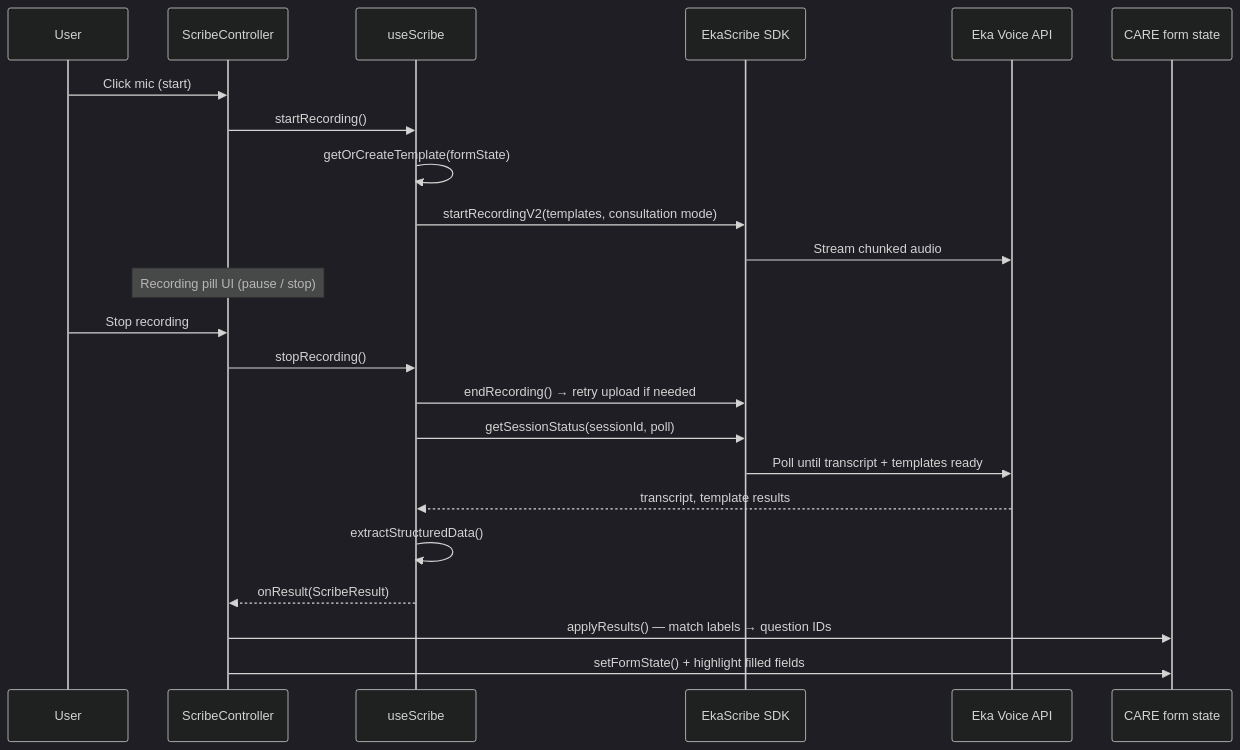
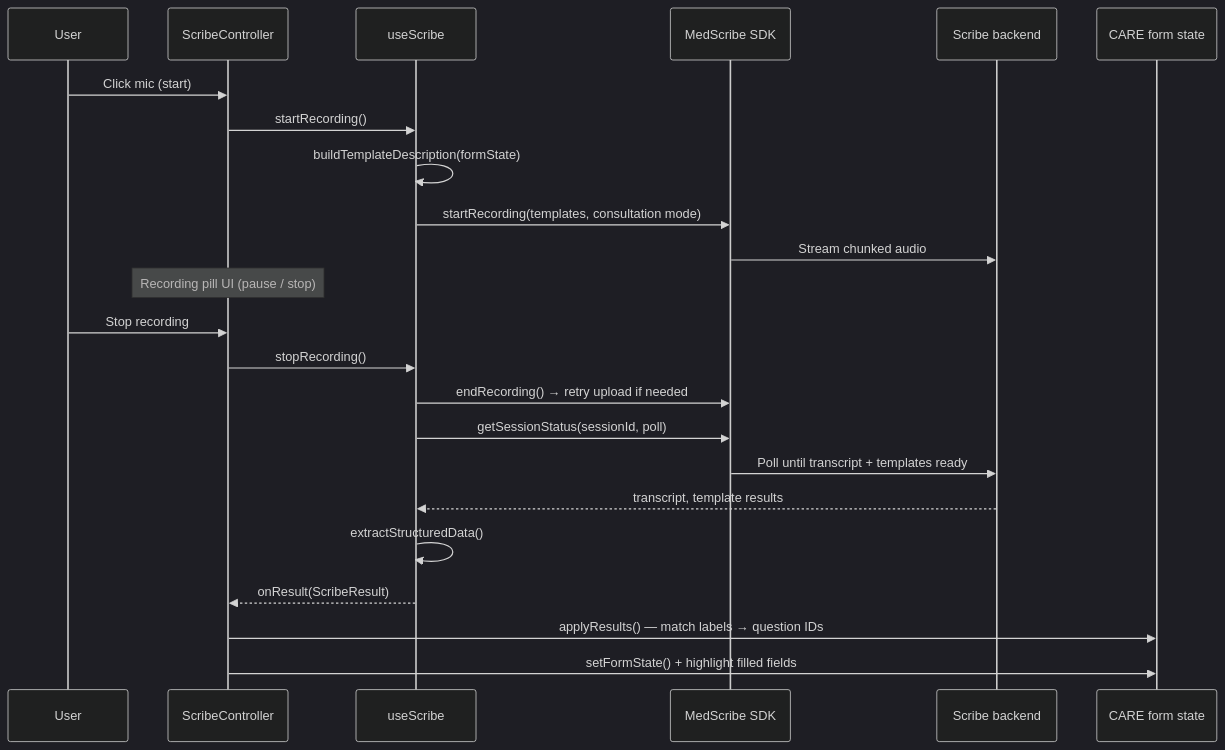
Before and after one commit to ohcnetwork/care_eka_scribe_fe: the second of 2 diagrams in HOW_IT_WORKS.md, drawn with Mermaid (dark theme). The commit also changed other lines of this file and 14 other files, not shown here.

First line of the commit message:
refactor: rename EkaScribe to Scribe and update related configurations

````diff
--- a/HOW_IT_WORKS.md
+++ b/HOW_IT_WORKS.md
@@ -99,27 +97,27 @@
 ```mermaid
 sequenceDiagram
     participant User
     participant SC as ScribeController
     participant Hook as useScribe
-    participant SDK as EkaScribe SDK
-    participant API as Eka Voice API
+    participant SDK as MedScribe SDK
+    participant API as Scribe backend
     participant Form as CARE form state
 
     User->>SC: Click mic (start)
     SC->>Hook: startRecording()
-    Hook->>Hook: getOrCreateTemplate(formState)
-    Hook->>SDK: startRecordingV2(templates, consultation mode)
+    Hook->>Hook: buildTemplateDescription(formState)
+    Hook->>SDK: startRecording(templates, consultation mode)
     SDK->>API: Stream chunked audio
     Note over SC: Recording pill UI (pause / stop)
 
     User->>SC: Stop recording
     SC->>Hook: stopRecording()
     Hook->>SDK: endRecording() → retry upload if needed
     Hook->>SDK: getSessionStatus(sessionId, poll)
     SDK->>API: Poll until transcript + templates ready
     API-->>Hook: transcript, template results
     Hook->>Hook: extractStructuredData()
     Hook-->>SC: onResult(ScribeResult)
     SC->>Form: applyResults() — match labels → question IDs
     SC->>Form: setFormState() + highlight filled fields
 ```
````
